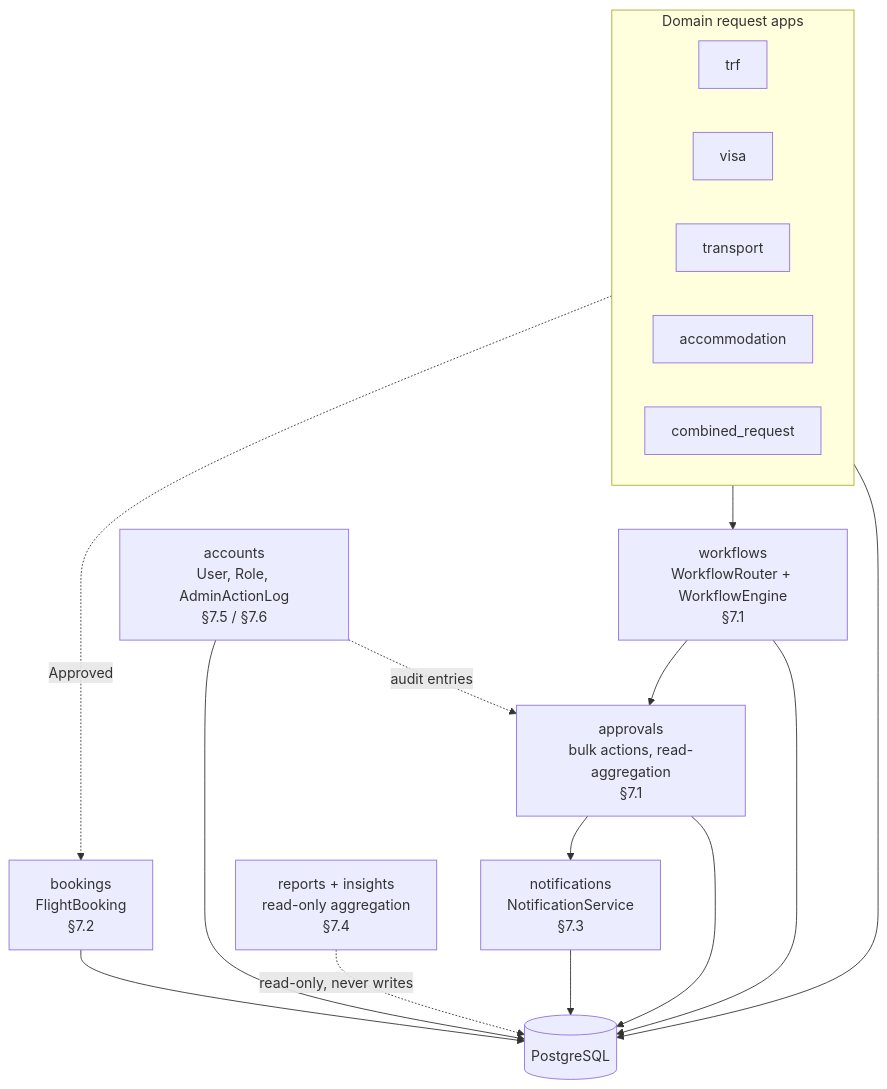
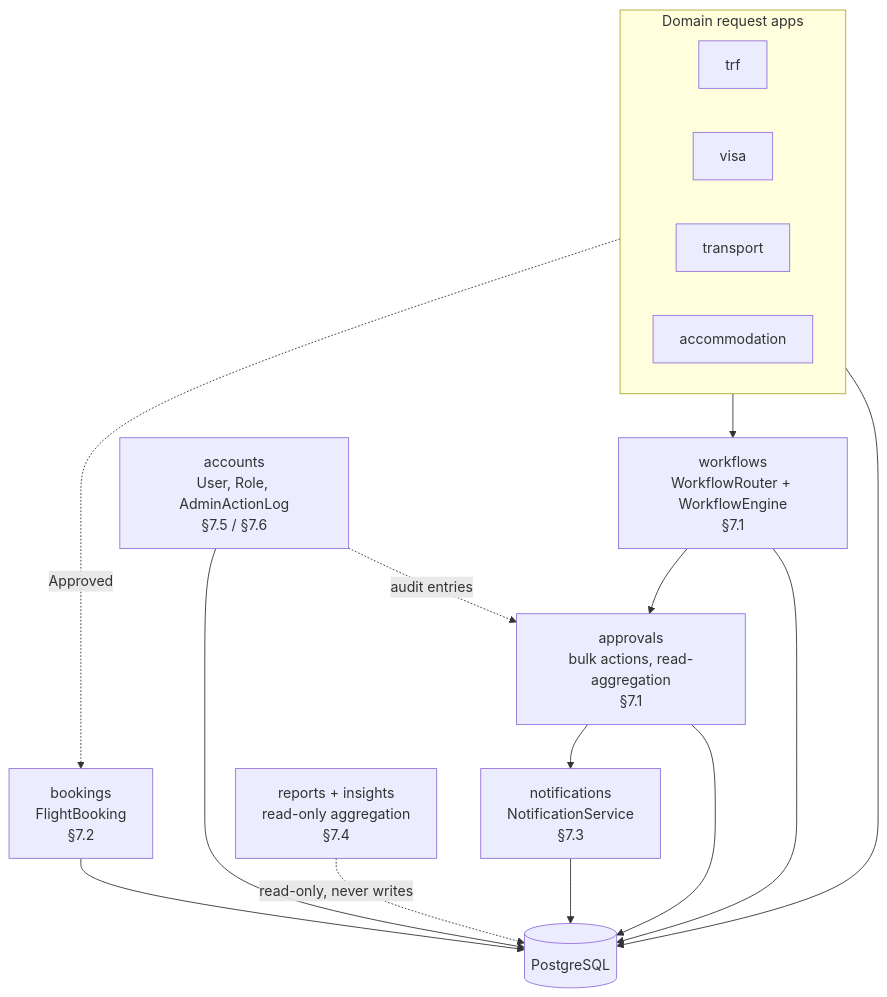
Before and after one commit to arslant84/tms.app: the seventh of 11 diagrams in docs/ARCHITECTURE.md, drawn with Mermaid. The commit also changed other lines of this file, not shown here.

First line of the commit message:
Update architecture doc for Celery/Redis/MinIO adoption and Combined Request removal

````diff
--- a/docs/ARCHITECTURE.md
+++ b/docs/ARCHITECTURE.md
@@ -283,30 +306,29 @@
 ```mermaid
 flowchart TD
     subgraph Domain["Domain request apps"]
         direction LR
         TRF2[trf]
         VISA2[visa]
         TRANS2[transport]
         ACC2[accommodation]
-        COMB2[combined_request]
     end
 
     WF["workflows<br/>WorkflowRouter + WorkflowEngine<br/>§7.1"]
     APR["approvals<br/>bulk actions, read-aggregation<br/>§7.1"]
     NOTIF["notifications<br/>NotificationService<br/>§7.3"]
     BOOK["bookings<br/>FlightBooking<br/>§7.2"]
     ACCTS["accounts<br/>User, Role, AdminActionLog<br/>§7.5 / §7.6"]
     ANALYTICS["reports + insights<br/>read-only aggregation<br/>§7.4"]
     DB[("PostgreSQL")]
 
     Domain --> WF --> APR --> NOTIF
     TRF2 -.->|"Approved"| BOOK
     Domain --> DB
     WF --> DB
     APR --> DB
     NOTIF --> DB
     BOOK --> DB
     ACCTS --> DB
     ACCTS -.->|"audit entries"| APR
     ANALYTICS -.->|"read-only, never writes"| DB
 ```
````
